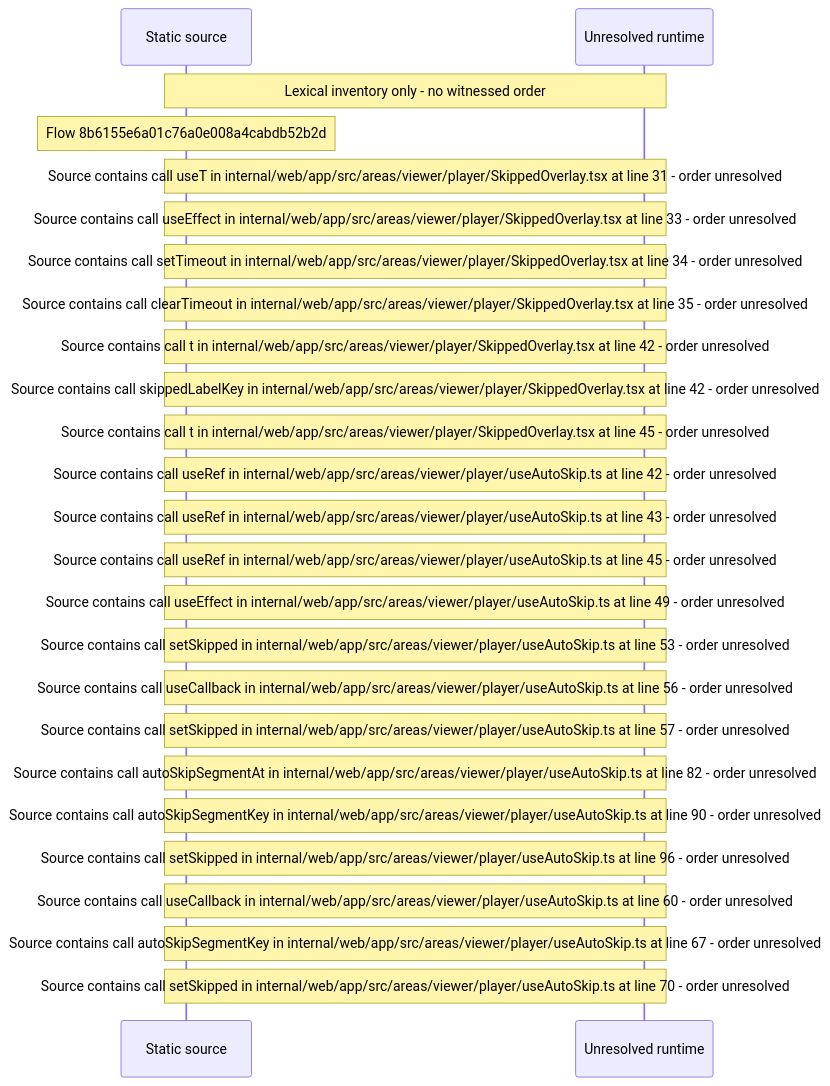
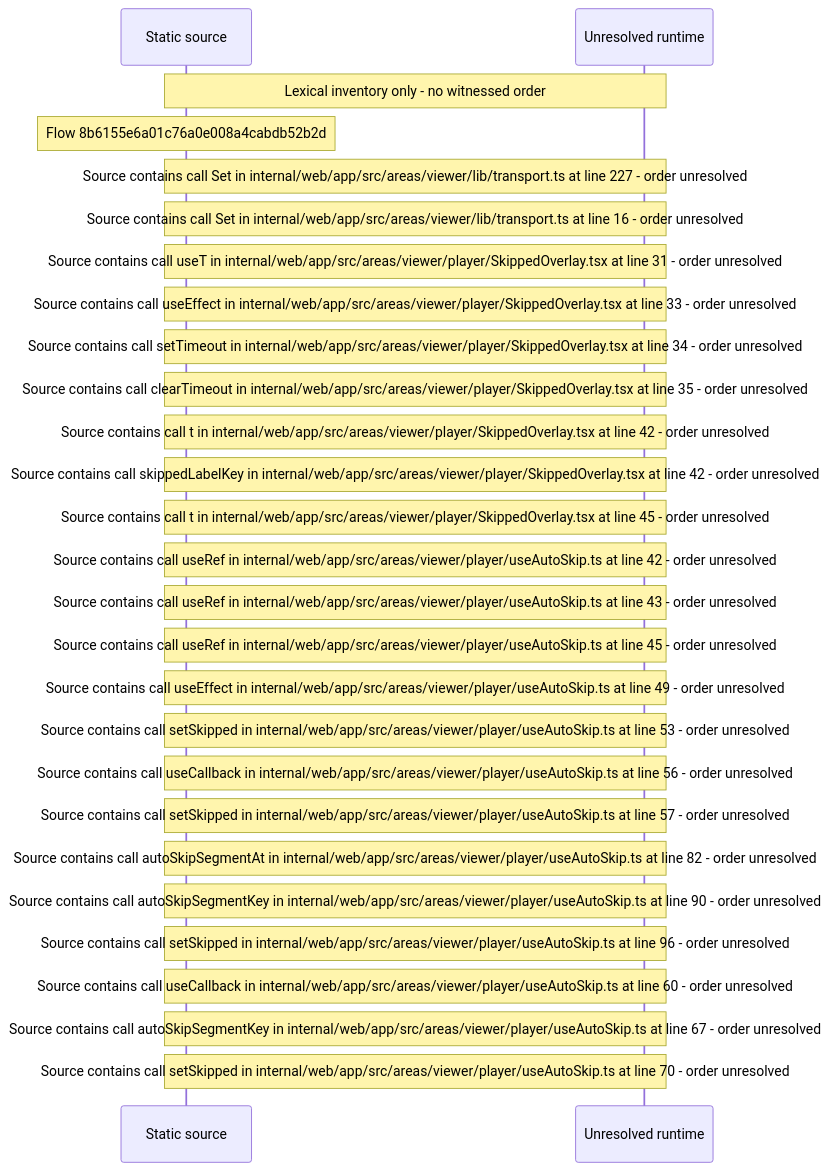
One commit to beamfall/core changed the diagram in docs/web/flows/generated/8b6155e6a01c76a0e008a4cabdb52b2d/flow-diagram.md. Above: the diagram before and after it, drawn with Mermaid. The commit also changed other lines of this file and 707 other files, not shown here.

Commit message:
Regenerate the web flow record with flow generator version 6

````diff
--- a/docs/web/flows/generated/8b6155e6a01c76a0e008a4cabdb52b2d/flow-diagram.md
+++ b/docs/web/flows/generated/8b6155e6a01c76a0e008a4cabdb52b2d/flow-diagram.md
@@ -10,27 +10,29 @@
 ```mermaid
 sequenceDiagram
     participant S as Static source
     participant U as Unresolved runtime
     Note over S,U: Lexical inventory only - no witnessed order
     Note over S: Flow 8b6155e6a01c76a0e008a4cabdb52b2d
+    Note over S,U: Source contains call Set in internal/web/app/src/areas/viewer/lib/transport.ts at line 227 - order unresolved
+    Note over S,U: Source contains call Set in internal/web/app/src/areas/viewer/lib/transport.ts at line 16 - order unresolved
     Note over S,U: Source contains call useT in internal/web/app/src/areas/viewer/player/SkippedOverlay.tsx at line 31 - order unresolved
     Note over S,U: Source contains call useEffect in internal/web/app/src/areas/viewer/player/SkippedOverlay.tsx at line 33 - order unresolved
     Note over S,U: Source contains call setTimeout in internal/web/app/src/areas/viewer/player/SkippedOverlay.tsx at line 34 - order unresolved
     Note over S,U: Source contains call clearTimeout in internal/web/app/src/areas/viewer/player/SkippedOverlay.tsx at line 35 - order unresolved
     Note over S,U: Source contains call t in internal/web/app/src/areas/viewer/player/SkippedOverlay.tsx at line 42 - order unresolved
     Note over S,U: Source contains call skippedLabelKey in internal/web/app/src/areas/viewer/player/SkippedOverlay.tsx at line 42 - order unresolved
     Note over S,U: Source contains call t in internal/web/app/src/areas/viewer/player/SkippedOverlay.tsx at line 45 - order unresolved
     Note over S,U: Source contains call useRef in internal/web/app/src/areas/viewer/player/useAutoSkip.ts at line 42 - order unresolved
     Note over S,U: Source contains call useRef in internal/web/app/src/areas/viewer/player/useAutoSkip.ts at line 43 - order unresolved
     Note over S,U: Source contains call useRef in internal/web/app/src/areas/viewer/player/useAutoSkip.ts at line 45 - order unresolved
     Note over S,U: Source contains call useEffect in internal/web/app/src/areas/viewer/player/useAutoSkip.ts at line 49 - order unresolved
     Note over S,U: Source contains call setSkipped in internal/web/app/src/areas/viewer/player/useAutoSkip.ts at line 53 - order unresolved
     Note over S,U: Source contains call useCallback in internal/web/app/src/areas/viewer/player/useAutoSkip.ts at line 56 - order unresolved
     Note over S,U: Source contains call setSkipped in internal/web/app/src/areas/viewer/player/useAutoSkip.ts at line 57 - order unresolved
     Note over S,U: Source contains call autoSkipSegmentAt in internal/web/app/src/areas/viewer/player/useAutoSkip.ts at line 82 - order unresolved
     Note over S,U: Source contains call autoSkipSegmentKey in internal/web/app/src/areas/viewer/player/useAutoSkip.ts at line 90 - order unresolved
     Note over S,U: Source contains call setSkipped in internal/web/app/src/areas/viewer/player/useAutoSkip.ts at line 96 - order unresolved
     Note over S,U: Source contains call useCallback in internal/web/app/src/areas/viewer/player/useAutoSkip.ts at line 60 - order unresolved
     Note over S,U: Source contains call autoSkipSegmentKey in internal/web/app/src/areas/viewer/player/useAutoSkip.ts at line 67 - order unresolved
     Note over S,U: Source contains call setSkipped in internal/web/app/src/areas/viewer/player/useAutoSkip.ts at line 70 - order unresolved
 ```
````
